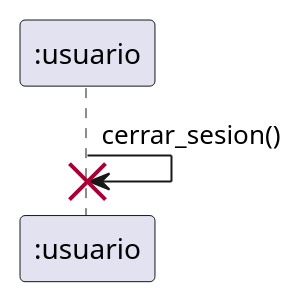
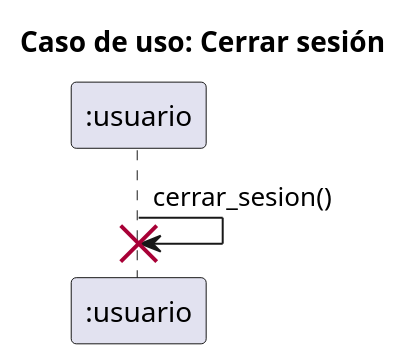
The diagram in interacion 2/cerrar_sesion.puml (RubenE107/diagramas-de-dise-o-uml), drawn with PlantUML before and after one commit. The commit also changed 1 other file, not shown here.

```diff
--- a/interacion 2/cerrar_sesion.puml
+++ b/interacion 2/cerrar_sesion.puml
@@ -1,8 +1,9 @@
 @startuml
+title Caso de uso: Cerrar sesión
 participant ":usuario" as l
 
 
 l -> l: cerrar_sesion()
 
 destroy l
 @enduml
```
